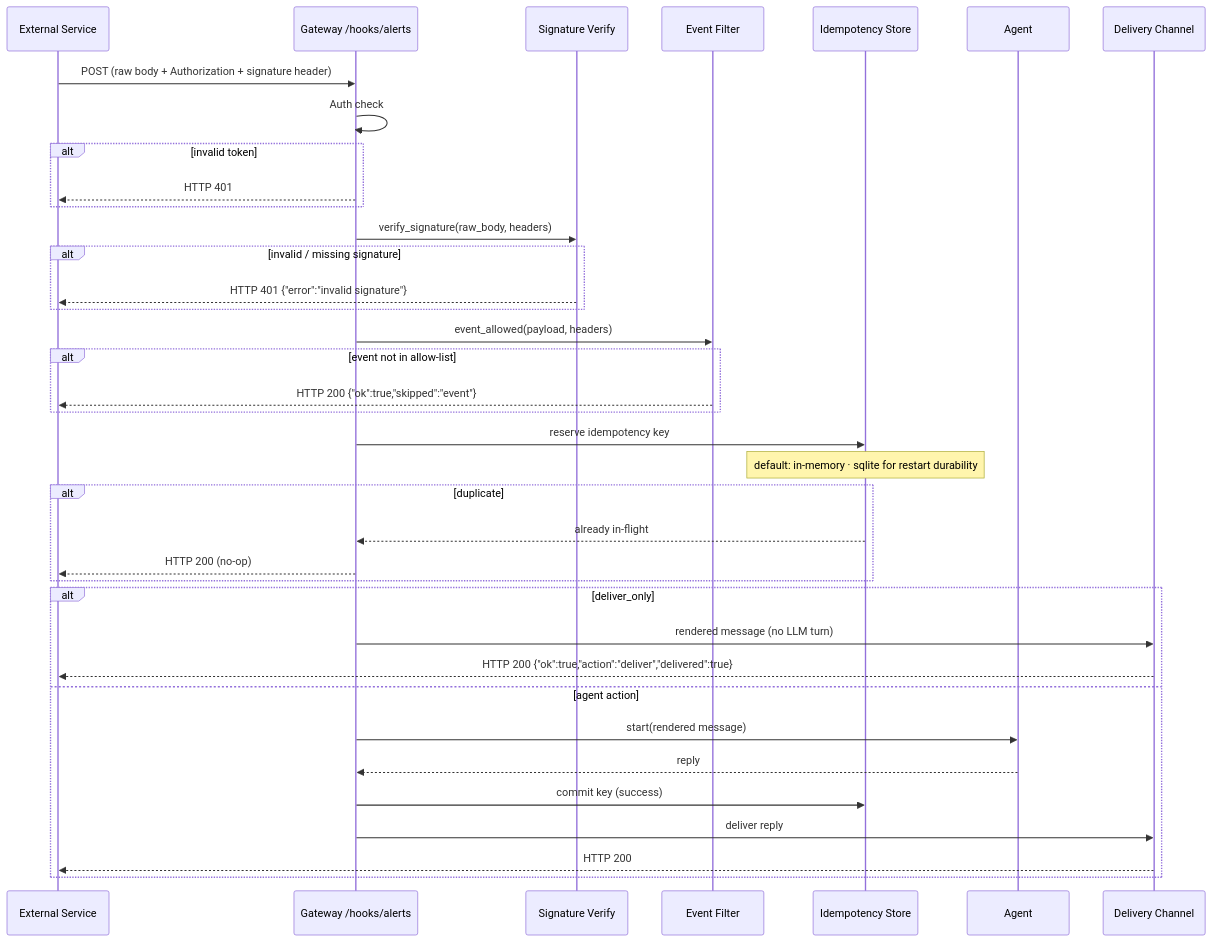
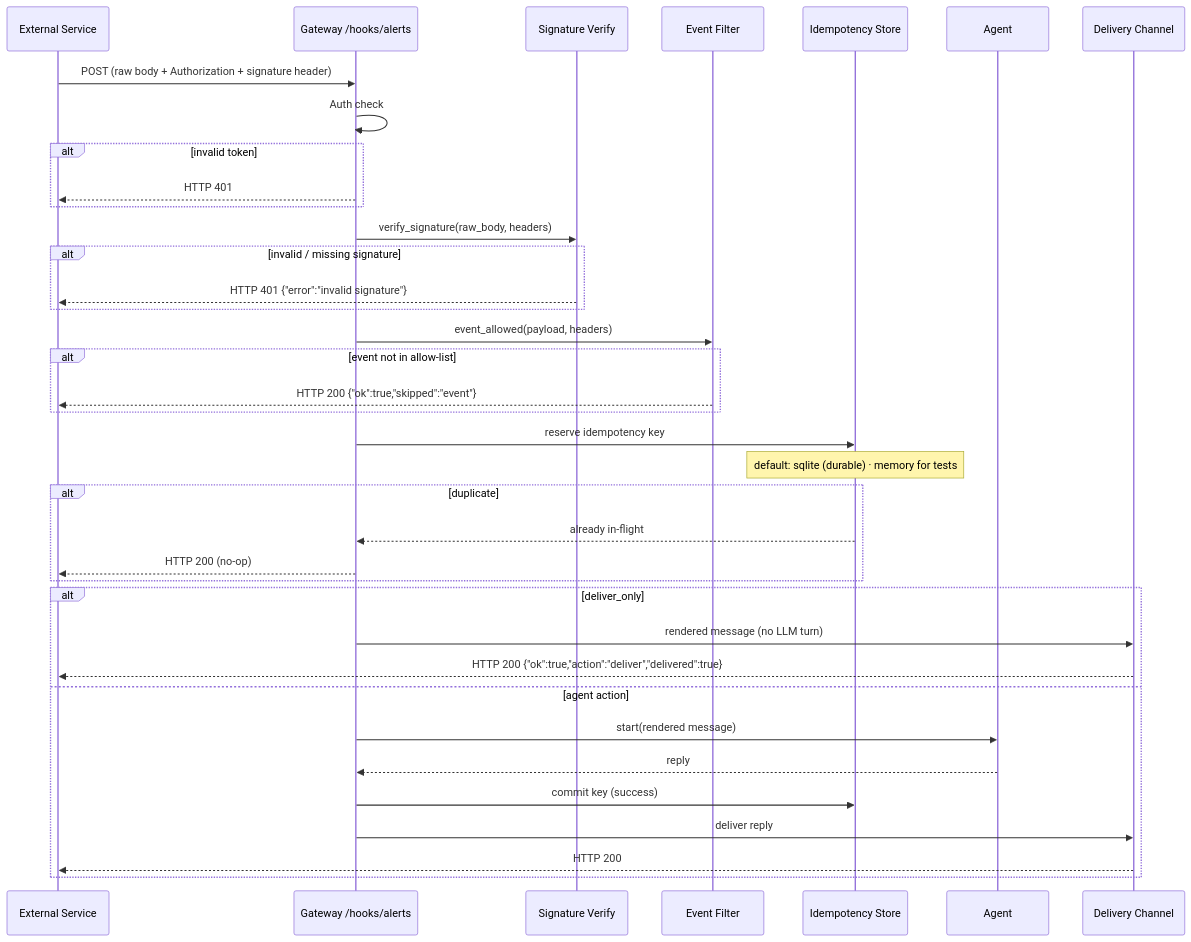
One commit to MervinPraison/PraisonAIDocs changed the second of 4 diagrams in docs/features/gateway-hooks.mdx. Above: the diagram before and after it, drawn with Mermaid. The commit also changed other lines of this file and 6 other files, not shown here.

First line of the commit message:
docs: gateway state durable by default + durability-degraded owners (fixes #3316)

````diff
--- a/docs/features/gateway-hooks.mdx
+++ b/docs/features/gateway-hooks.mdx
@@ -93,40 +93,40 @@
 ```mermaid
 sequenceDiagram
     participant Ext as External Service
     participant GW as Gateway /hooks/alerts
     participant Sig as Signature Verify
     participant Ev as Event Filter
     participant Dedup as Idempotency Store
     participant Agent
     participant Chan as Delivery Channel
 
     Ext->>GW: POST (raw body + Authorization + signature header)
     GW->>GW: Auth check
     alt invalid token
         GW-->>Ext: HTTP 401
     end
     GW->>Sig: verify_signature(raw_body, headers)
     alt invalid / missing signature
         Sig-->>Ext: HTTP 401 {"error":"invalid signature"}
     end
     GW->>Ev: event_allowed(payload, headers)
     alt event not in allow-list
         Ev-->>Ext: HTTP 200 {"ok":true,"skipped":"event"}
     end
     GW->>Dedup: reserve idempotency key
-    Note over Dedup: default: in-memory · sqlite for restart durability
+    Note over Dedup: default: sqlite (durable) · memory for tests
     alt duplicate
         Dedup-->>GW: already in-flight
         GW-->>Ext: HTTP 200 (no-op)
     end
     alt deliver_only
         GW->>Chan: rendered message (no LLM turn)
         Chan-->>Ext: HTTP 200 {"ok":true,"action":"deliver","delivered":true}
     else agent action
         GW->>Agent: start(rendered message)
         Agent-->>GW: reply
         GW->>Dedup: commit key (success)
         GW->>Chan: deliver reply
         Chan-->>Ext: HTTP 200
     end
 ```
````
